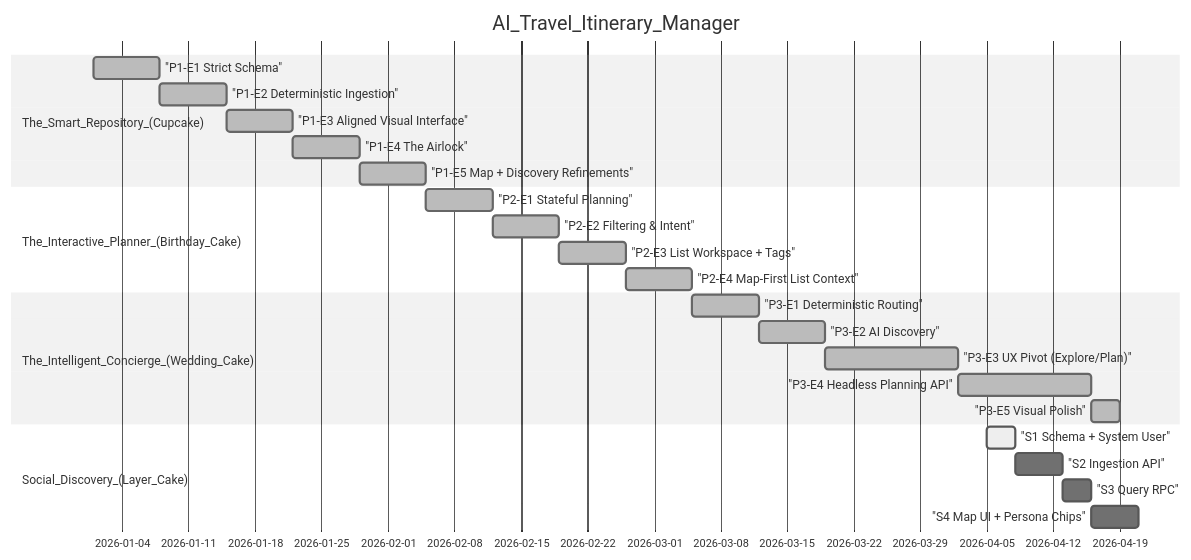
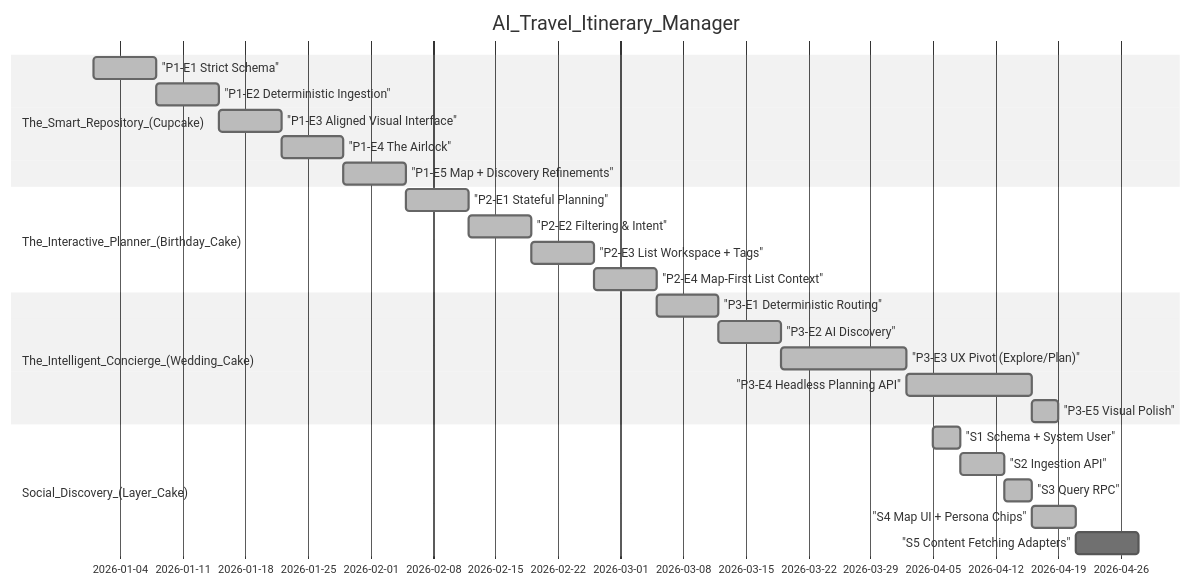
The diagram in CONTEXT.md (walshkang/acerca-trip-planner), drawn with Mermaid (neutral theme) before and after one commit. The commit also changed other lines of this file and 3 other files, not shown here.

````diff
--- a/CONTEXT.md
+++ b/CONTEXT.md
@@ -152,27 +157,28 @@
 ```mermaid
 gantt
   dateFormat YYYY-MM-DD
   title AI_Travel_Itinerary_Manager
   section The_Smart_Repository_(Cupcake)
   "P1-E1 Strict Schema" :done, p1e1, 2026-01-01, 7d
   "P1-E2 Deterministic Ingestion" :done, p1e2, after p1e1, 7d
   "P1-E3 Aligned Visual Interface" :done, p1e3, after p1e2, 7d
   "P1-E4 The Airlock" :done, p1e4, after p1e3, 7d
   "P1-E5 Map + Discovery Refinements" :done, p1e5, after p1e4, 7d
   section The_Interactive_Planner_(Birthday_Cake)
   "P2-E1 Stateful Planning" :done, p2e1, after p1e5, 7d
   "P2-E2 Filtering & Intent" :done, p2e2, after p2e1, 7d
   "P2-E3 List Workspace + Tags" :done, p2e3, after p2e2, 7d
   "P2-E4 Map-First List Context" :done, p2e4, after p2e3, 7d
   section The_Intelligent_Concierge_(Wedding_Cake)
   "P3-E1 Deterministic Routing" :done, p3e1, after p2e4, 7d
   "P3-E2 AI Discovery" :done, p3e2, after p3e1, 7d
   "P3-E3 UX Pivot (Explore/Plan)" :done, p3e3, after p3e2, 14d
   "P3-E4 Headless Planning API" :done, p3e4, after p3e3, 14d
   "P3-E5 Visual Polish" :done, p3e5, after p3e4, 3d
   section Social_Discovery_(Layer_Cake)
-  "S1 Schema + System User" :active, s1, 2026-04-05, 3d
-  "S2 Ingestion API" :s2, after s1, 5d
-  "S3 Query RPC" :s3, after s2, 3d
-  "S4 Map UI + Persona Chips" :s4, after s3, 5d
+  "S1 Schema + System User" :done, s1, 2026-04-05, 3d
+  "S2 Ingestion API" :done, s2, after s1, 5d
+  "S3 Query RPC" :done, s3, after s2, 3d
+  "S4 Map UI + Persona Chips" :done, s4, after s3, 5d
+  "S5 Content Fetching Adapters" :s5, after s4, 7d
 ```
````
